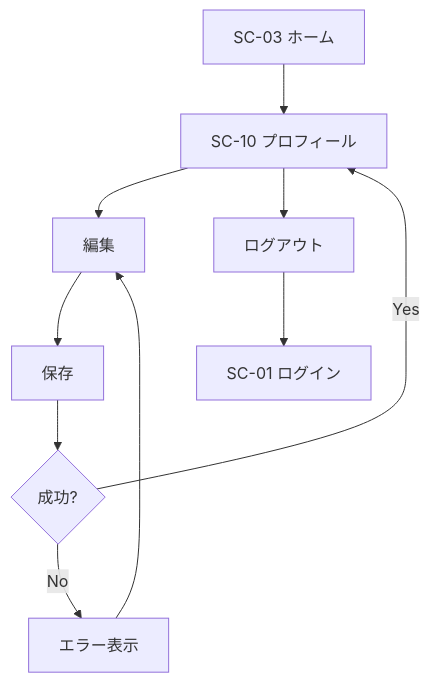
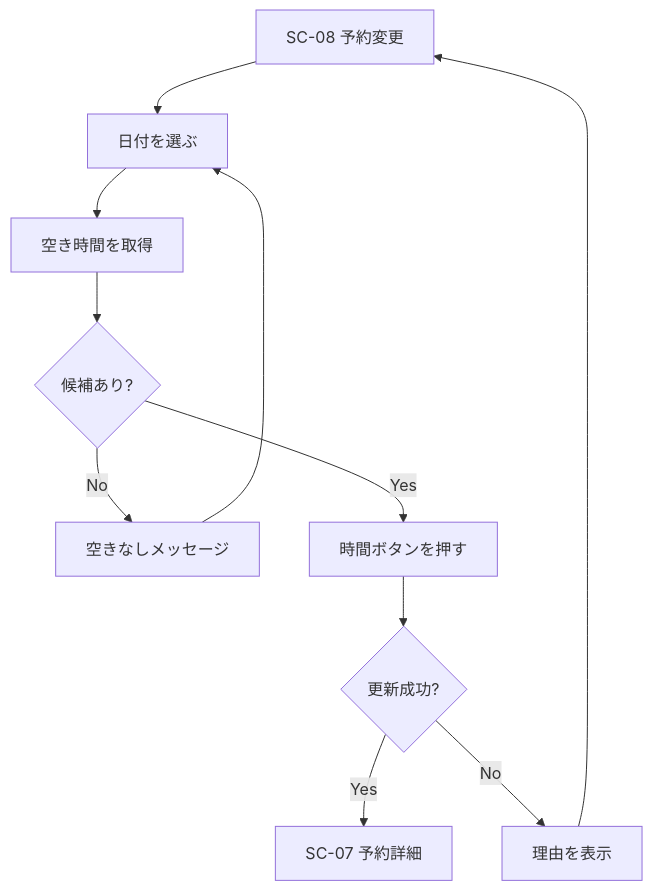
One commit to ryoga0/Calendar changed the seventh of 8 diagrams in docs/04_画面フロー図.md. Above: the diagram before and after it, drawn with Mermaid. The commit also changed other lines of this file and 50 other files, not shown here.

````diff
--- a/docs/04_画面フロー図.md
+++ b/docs/04_画面フロー図.md
@@ -154,12 +149,13 @@
 ```mermaid
 flowchart TD
-  H[SC-03 ホーム] --> PR[SC-10 プロフィール]
-  PR --> ED[編集]
-  ED --> SV[保存]
-  SV --> OK{成功?}
-  OK -->|Yes| PR
-  OK -->|No| ER[エラー表示]
-  ER --> ED
-  PR --> LG[ログアウト]
-  LG --> SC01[SC-01 ログイン]
+  A[SC-08 予約変更] --> B[日付を選ぶ]
+  B --> C[空き時間を取得]
+  C --> D{候補あり?}
+  D -->|No| E[空きなしメッセージ]
+  E --> B
+  D -->|Yes| F[時間ボタンを押す]
+  F --> G{更新成功?}
+  G -->|Yes| H[SC-07 予約詳細]
+  G -->|No| I[理由を表示]
+  I --> A
 ```
````
